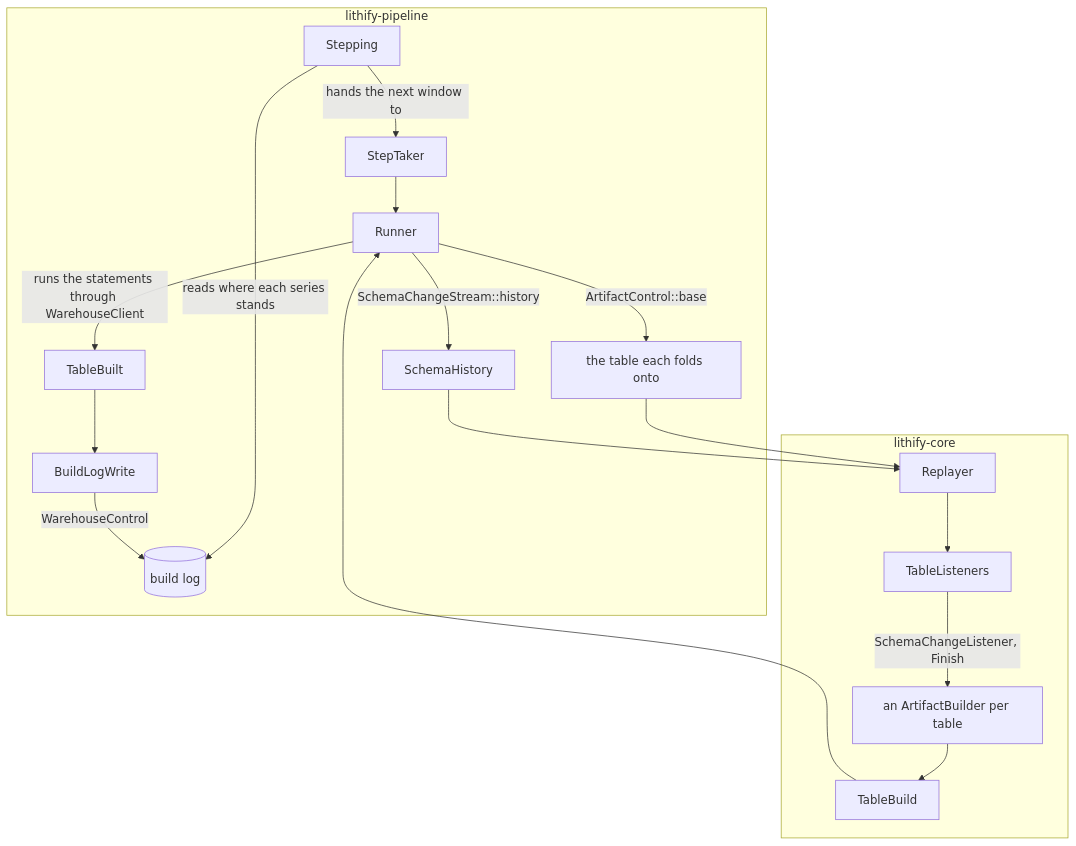
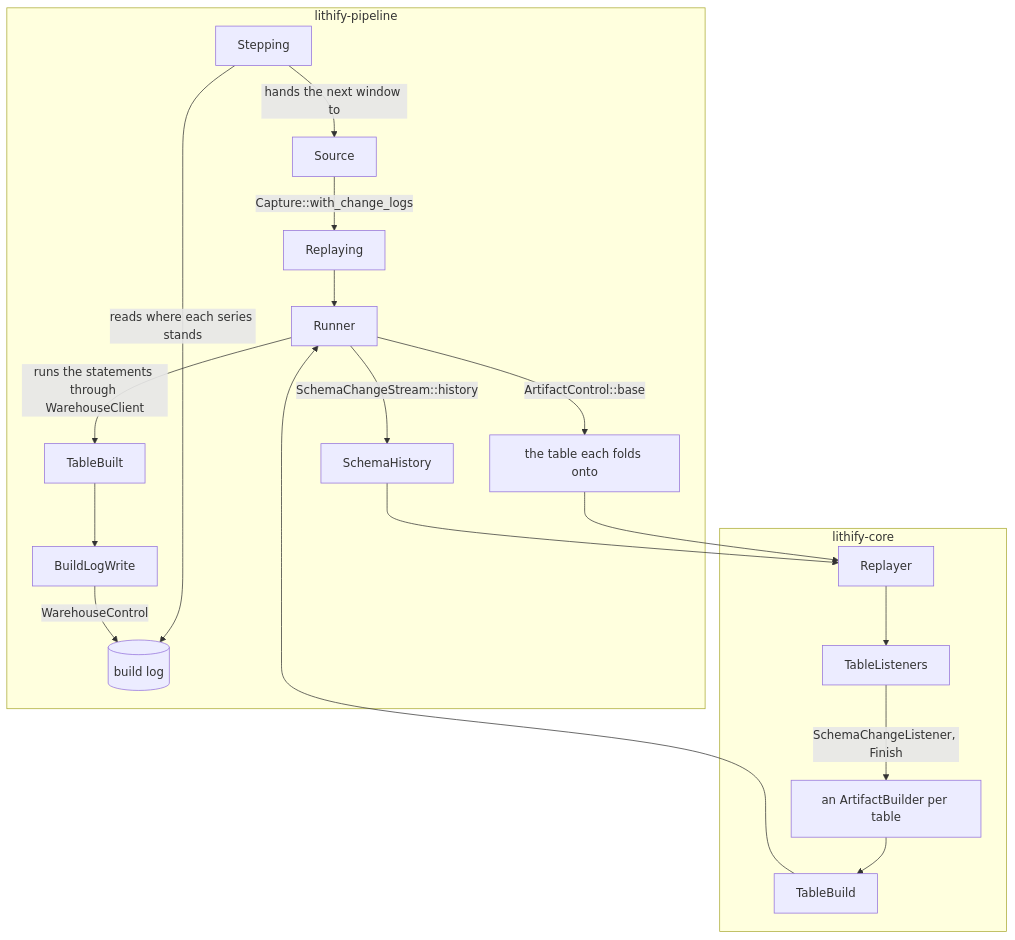
The second of 2 diagrams in doc/architecture.md (hayas1/lithify), drawn with Mermaid before and after one commit. The commit also changed 15 other files, not shown here.

First line of the commit message:
Open the change logs of a source the same way for the client of any warehouse

````diff
--- a/doc/architecture.md
+++ b/doc/architecture.md
@@ -38,21 +38,22 @@
 ```mermaid
 flowchart TD
     subgraph pipeline[lithify-pipeline]
         stepping[Stepping] -->|reads where each series stands| log[(build log)]
-        stepping -->|hands the next window to| taker[StepTaker]
-        taker --> runner[Runner]
+        stepping -->|hands the next window to| source[Source]
+        source -->|Capture::with_change_logs| replaying[Replaying]
+        replaying --> runner[Runner]
         runner -->|ArtifactControl::base| base[the table each folds onto]
         runner -->|SchemaChangeStream::history| history[SchemaHistory]
         runner -->|runs the statements through WarehouseClient| built[TableBuilt]
         built --> writer[BuildLogWrite]
         writer -->|WarehouseControl| log
     end
     subgraph core[lithify-core]
         replayer[Replayer] --> listeners[TableListeners]
         listeners -->|SchemaChangeListener, Finish| builder[an ArtifactBuilder per table]
         builder --> build[TableBuild]
     end
     base --> replayer
     history --> replayer
     build --> runner
 ```
````
